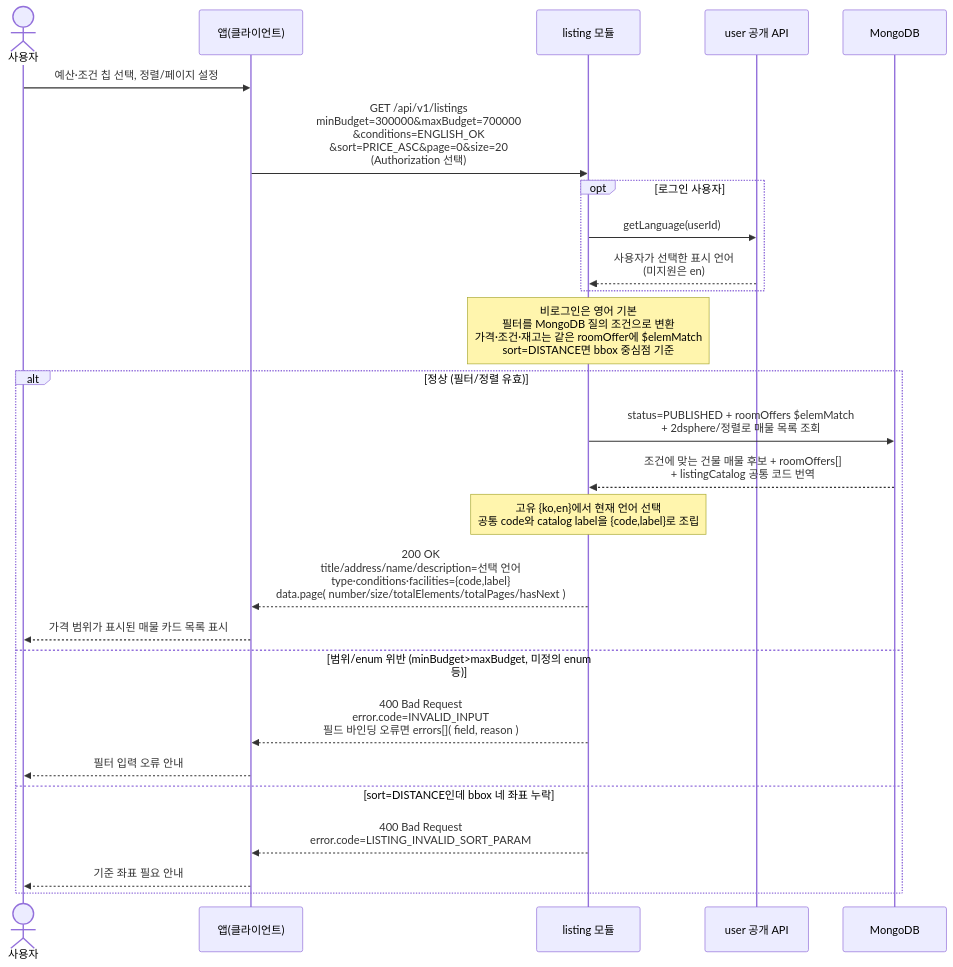
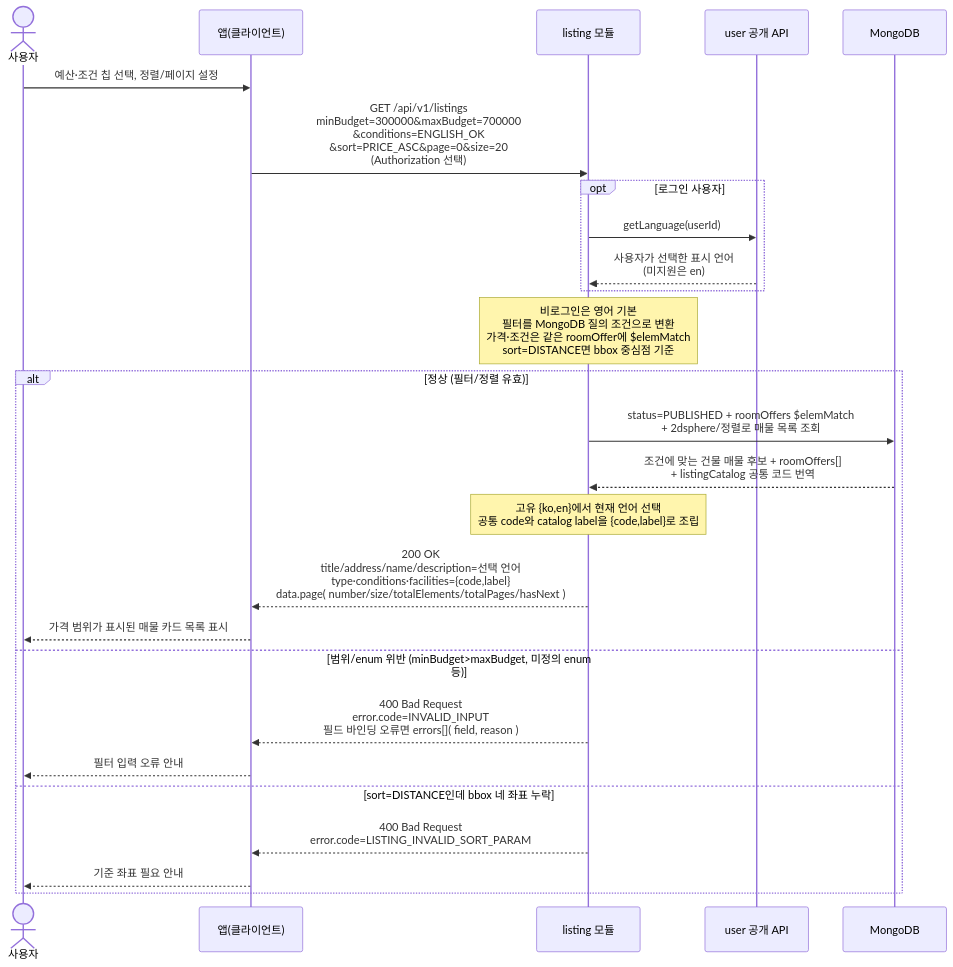
Before and after one commit to jameskim9509/Kohere-backend: the diagram in docs/architecture/sequence-diagrams/03-listings-favorites/us-3-1-listing-list-explore.md, drawn with Mermaid. The commit also changed other lines of this file and 34 other files, not shown here.

````diff
--- a/docs/architecture/sequence-diagrams/03-listings-favorites/us-3-1-listing-list-explore.md
+++ b/docs/architecture/sequence-diagrams/03-listings-favorites/us-3-1-listing-list-explore.md
@@ -5,29 +5,29 @@
 ```mermaid
 sequenceDiagram
     actor U as 사용자
     participant C as 앱(클라이언트)
     participant LIST as listing 모듈
     participant USER as user 공개 API
     participant DB as MongoDB
 
     U->>C: 예산·조건 칩 선택, 정렬/페이지 설정
     C->>LIST: GET /api/v1/listings<br/>minBudget=300000&maxBudget=700000<br/>&conditions=ENGLISH_OK<br/>&sort=PRICE_ASC&page=0&size=20<br/>(Authorization 선택)
     opt 로그인 사용자
         LIST->>USER: getLanguage(userId)
         USER-->>LIST: 사용자가 선택한 표시 언어<br/>(미지원은 en)
     end
-    Note over LIST: 비로그인은 영어 기본<br/>필터를 MongoDB 질의 조건으로 변환<br/>가격·조건·재고는 같은 roomOffer에 $elemMatch<br/>sort=DISTANCE면 bbox 중심점 기준
+    Note over LIST: 비로그인은 영어 기본<br/>필터를 MongoDB 질의 조건으로 변환<br/>가격·조건은 같은 roomOffer에 $elemMatch<br/>sort=DISTANCE면 bbox 중심점 기준
     alt 정상 (필터/정렬 유효)
         LIST->>DB: status=PUBLISHED + roomOffers $elemMatch<br/>+ 2dsphere/정렬로 매물 목록 조회
         DB-->>LIST: 조건에 맞는 건물 매물 후보 + roomOffers[]<br/>+ listingCatalog 공통 코드 번역
         Note over LIST: 고유 {ko,en}에서 현재 언어 선택<br/>공통 code와 catalog label을 {code,label}로 조립
         LIST-->>C: 200 OK<br/>title/address/name/description=선택 언어<br/>type·conditions·facilities={code,label}<br/>data.page( number/size/totalElements/totalPages/hasNext )
         C-->>U: 가격 범위가 표시된 매물 카드 목록 표시
     else 범위/enum 위반 (minBudget>maxBudget, 미정의 enum 등)
         LIST-->>C: 400 Bad Request<br/>error.code=INVALID_INPUT<br/>필드 바인딩 오류면 errors[]( field, reason )
         C-->>U: 필터 입력 오류 안내
     else sort=DISTANCE인데 bbox 네 좌표 누락
         LIST-->>C: 400 Bad Request<br/>error.code=LISTING_INVALID_SORT_PARAM
         C-->>U: 기준 좌표 필요 안내
     end
 ```
````
